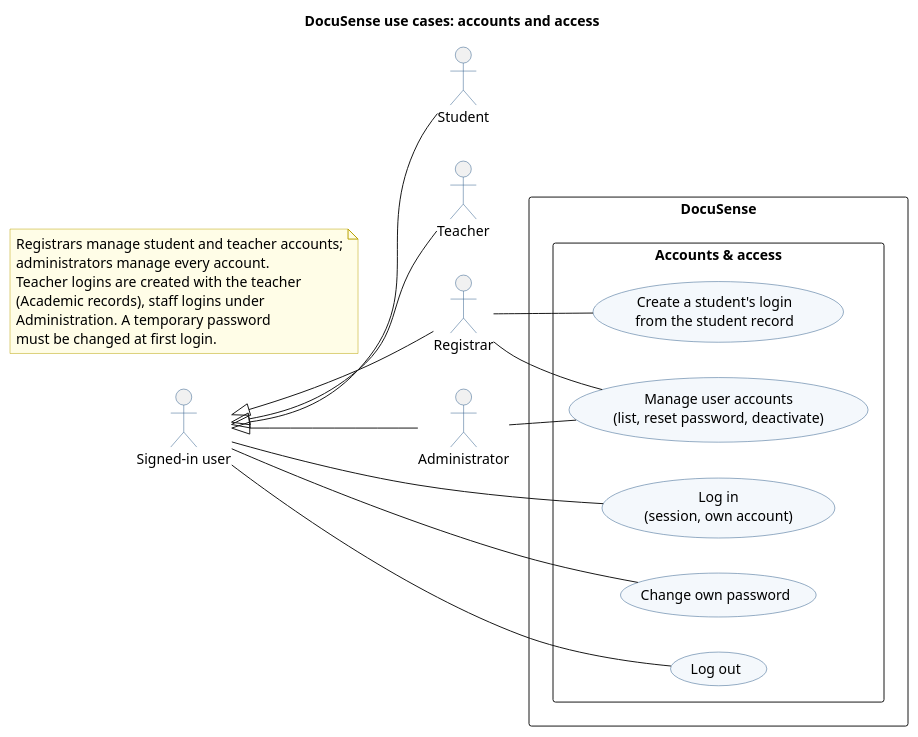
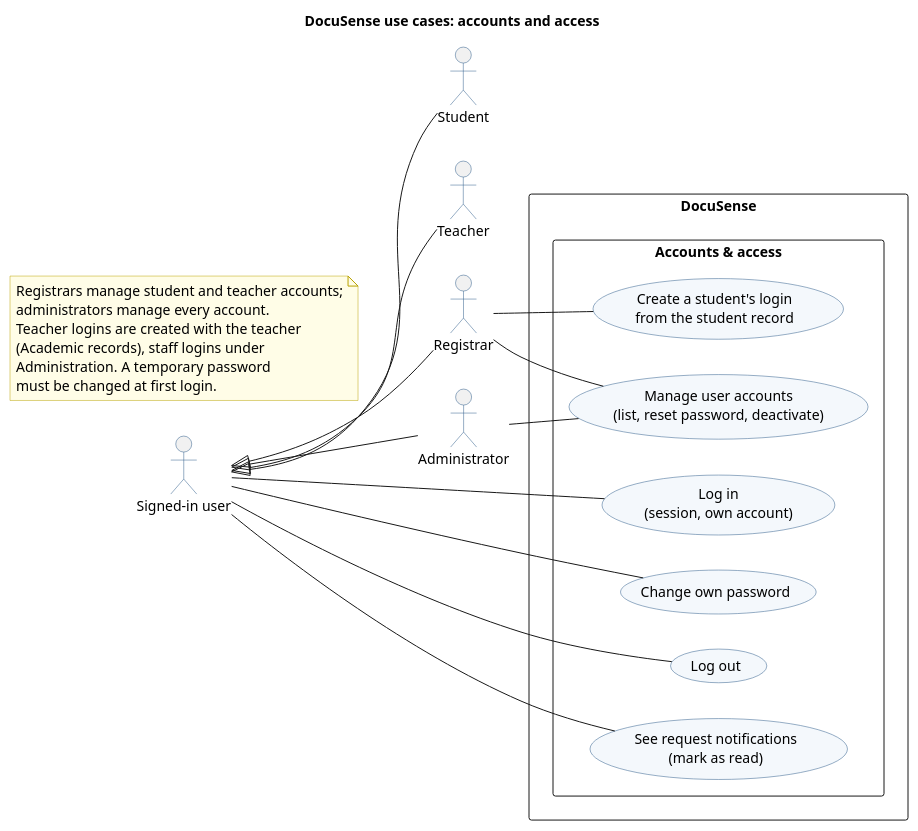
Before and after one commit to docusense67/DocuSense: the diagram in docs/diagrams/use-cases-accounts.puml, drawn with PlantUML. The commit also changed 13 other files, not shown here.

```diff
--- a/docs/diagrams/use-cases-accounts.puml
+++ b/docs/diagrams/use-cases-accounts.puml
@@ -1,59 +1,62 @@
 @startuml use-cases-accounts
 ' Use cases: accounts and access. Detail of the "accounts" package in use-cases.puml.
 '
 ' "' @routes <alias>: <METHOD path> | ..." lists the API routes behind a use case.
 ' backend/tests/test_use_case_diagram.py checks every actor link against
 ' backend/tests/test_access_matrix.py: edit both together.
 ' A use case that <<extend>>s another is also performed by that use case's actors.
 title DocuSense use cases: accounts and access
 left to right direction
 skinparam defaultFontSize 14
 skinparam shadowing false
 skinparam packageStyle rectangle
 skinparam usecase {
   BackgroundColor #F4F8FC
   BorderColor #2F5D8A
 }
 skinparam actor {
   BorderColor #2F5D8A
 }
 skinparam note {
   BackgroundColor #FFFDE7
   BorderColor #B8A200
 }
 
 actor "Signed-in user" as AnyUser
 actor "Student" as Student
 actor "Teacher" as Teacher
 actor "Registrar" as Registrar
 actor "Administrator" as Admin
 
 Student -up-|> AnyUser
 Teacher -up-|> AnyUser
 Registrar -up-|> AnyUser
 Admin -up-|> AnyUser
 
 rectangle "DocuSense" {
   package "Accounts & access" {
     usecase "Log in\n(session, own account)" as A_LOGIN
     ' @routes A_LOGIN: POST /api/auth/login | GET /api/auth/me
     usecase "Change own password" as A_PASSWORD
     ' @routes A_PASSWORD: POST /api/auth/change-password
     usecase "Log out" as A_LOGOUT
     ' @routes A_LOGOUT: POST /api/auth/logout
+    usecase "See request notifications\n(mark as read)" as A_NOTIFY
+    ' @routes A_NOTIFY: GET /api/notifications | POST /api/notifications/read
     usecase "Manage user accounts\n(list, reset password, deactivate)" as A_MANAGE
     ' @routes A_MANAGE: GET /api/users | POST /api/users/{user_id}/reset-password | POST /api/users/{user_id}/deactivate
     usecase "Create a student's login\nfrom the student record" as A_STUDENT_LOGIN
     ' @routes A_STUDENT_LOGIN: POST /api/students/{student_id}/account
   }
 }
 
 AnyUser -- A_LOGIN
 AnyUser -- A_PASSWORD
 AnyUser -- A_LOGOUT
+AnyUser -- A_NOTIFY
 Registrar -- A_MANAGE
 Registrar -- A_STUDENT_LOGIN
 Admin -- A_MANAGE
 
 note "Registrars manage student and teacher accounts;\nadministrators manage every account.\nTeacher logins are created with the teacher\n(Academic records), staff logins under\nAdministration. A temporary password\nmust be changed at first login." as N1
 @enduml
```
